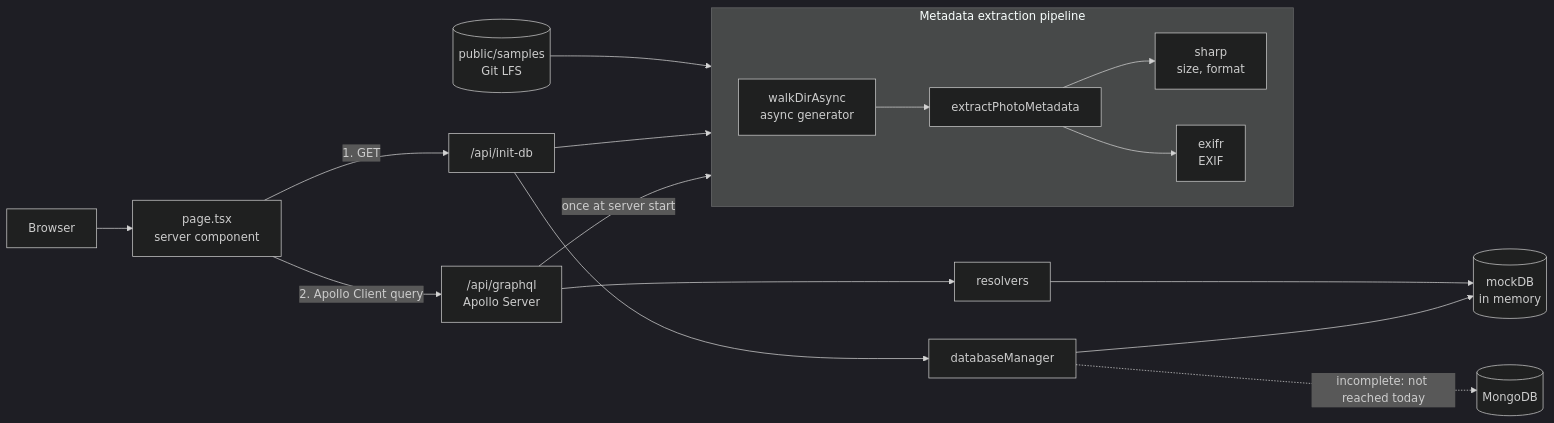
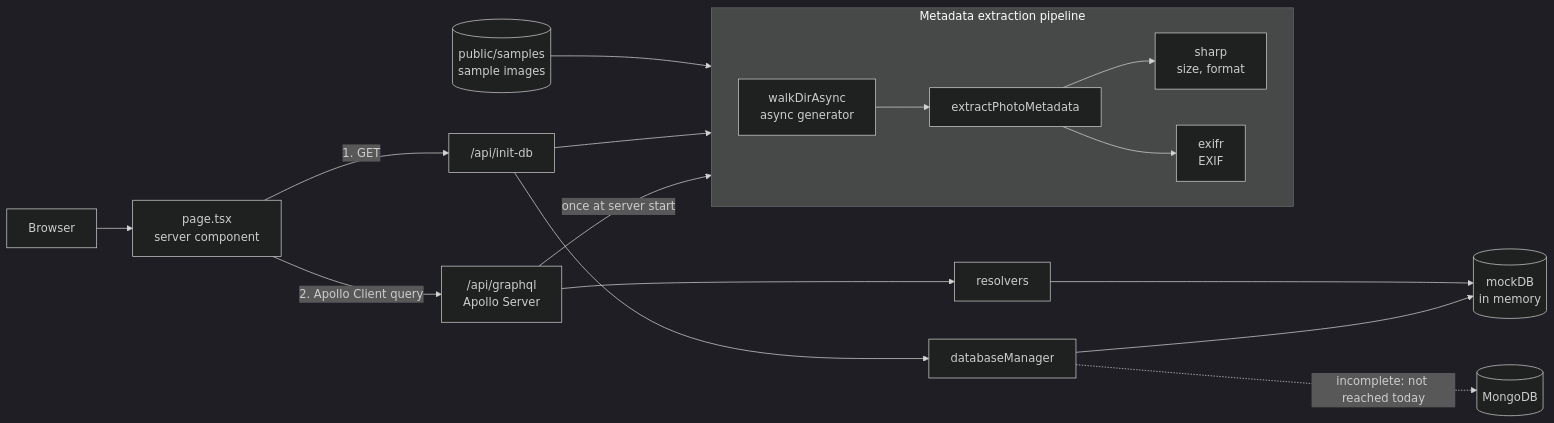
The diagram in README.en.md (loquemedalagana/image-insight), drawn with Mermaid (dark theme) before and after one commit. The commit also changed other lines of this file and 9 other files, not shown here.

Commit message:
- store sample images as regular files instead of git lfs

````diff
--- a/README.en.md
+++ b/README.en.md
@@ -79,22 +78,22 @@
 ```mermaid
 flowchart LR
     B[Browser] --> P["page.tsx<br/>server component"]
     P -->|"1. GET"| I["/api/init-db"]
     P -->|"2. Apollo Client query"| G["/api/graphql<br/>Apollo Server"]
     G --> R[resolvers]
     R --> M[("mockDB<br/>in memory")]
     I --> DM[databaseManager]
     DM --> M
     DM -.->|"incomplete: not reached today"| MG[("MongoDB")]
 
     subgraph EX["Metadata extraction pipeline"]
         direction LR
         W["walkDirAsync<br/>async generator"] --> E[extractPhotoMetadata]
         E --> S["sharp<br/>size, format"]
         E --> X["exifr<br/>EXIF"]
     end
 
     I --> EX
     G -->|"once at server start"| EX
-    F[("public/samples<br/>Git LFS")] --> W
+    F[("public/samples<br/>sample images")] --> W
 ```
````
